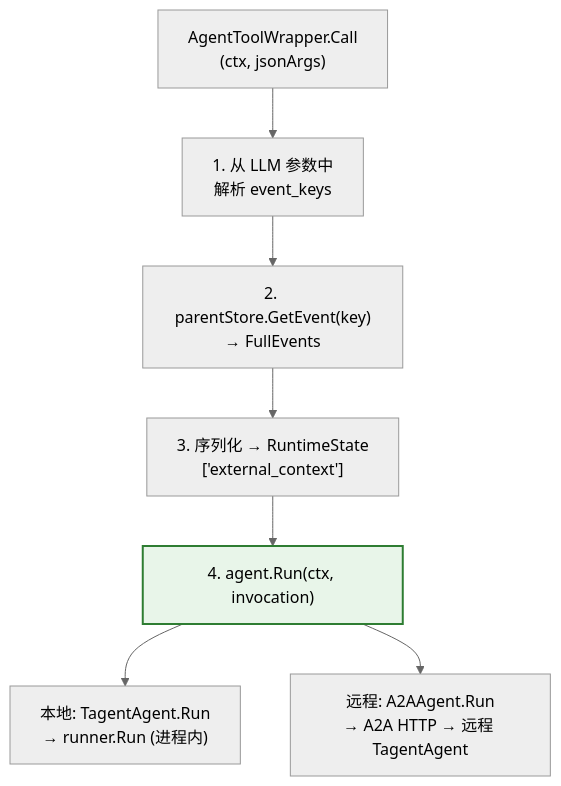
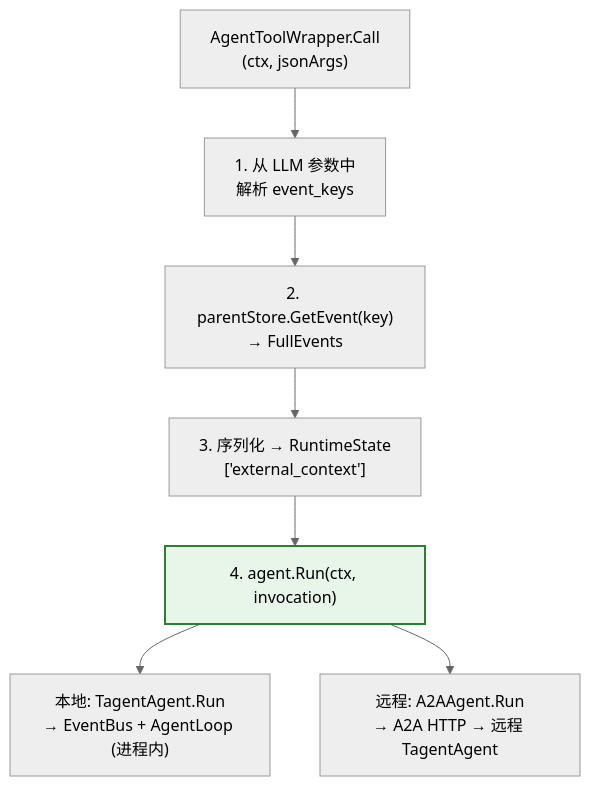
The fifth of 9 diagrams in README.md (SpellingDragon/tagent), drawn with Mermaid (neutral theme) before and after one commit. The commit also changed other lines of this file and 8 other files, not shown here.

First line of the commit message:
docs: align wiki and README with event-driven architecture

````diff
--- a/README.md
+++ b/README.md
@@ -266,11 +272,11 @@
 ```mermaid
 graph TD
     CALL["AgentToolWrapper.Call<br/>(ctx, jsonArgs)"] --> PARSE["1. 从 LLM 参数中<br/>解析 event_keys"]
     PARSE --> GET["2. parentStore.GetEvent(key)<br/>→ FullEvents"]
     GET --> SER["3. 序列化 → RuntimeState<br/>['external_context']"]
     SER --> RUN["4. agent.Run(ctx, invocation)"]
-    RUN --> LOCAL["本地: TagentAgent.Run<br/>→ runner.Run (进程内)"]
+    RUN --> LOCAL["本地: TagentAgent.Run<br/>→ EventBus + AgentLoop (进程内)"]
     RUN --> REMOTE["远程: A2AAgent.Run<br/>→ A2A HTTP → 远程 TagentAgent"]
 
     style RUN fill:#e8f5e9,stroke:#2e7d32,stroke-width:2px
 ```
````
